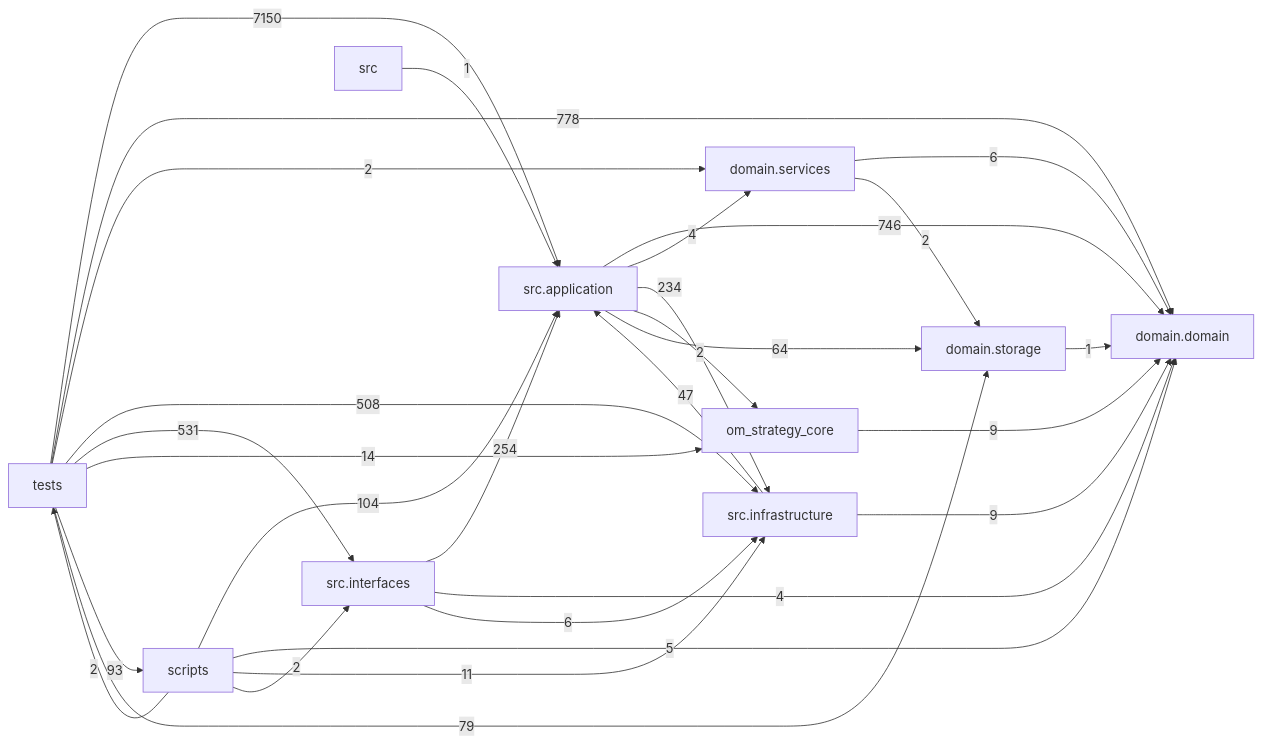
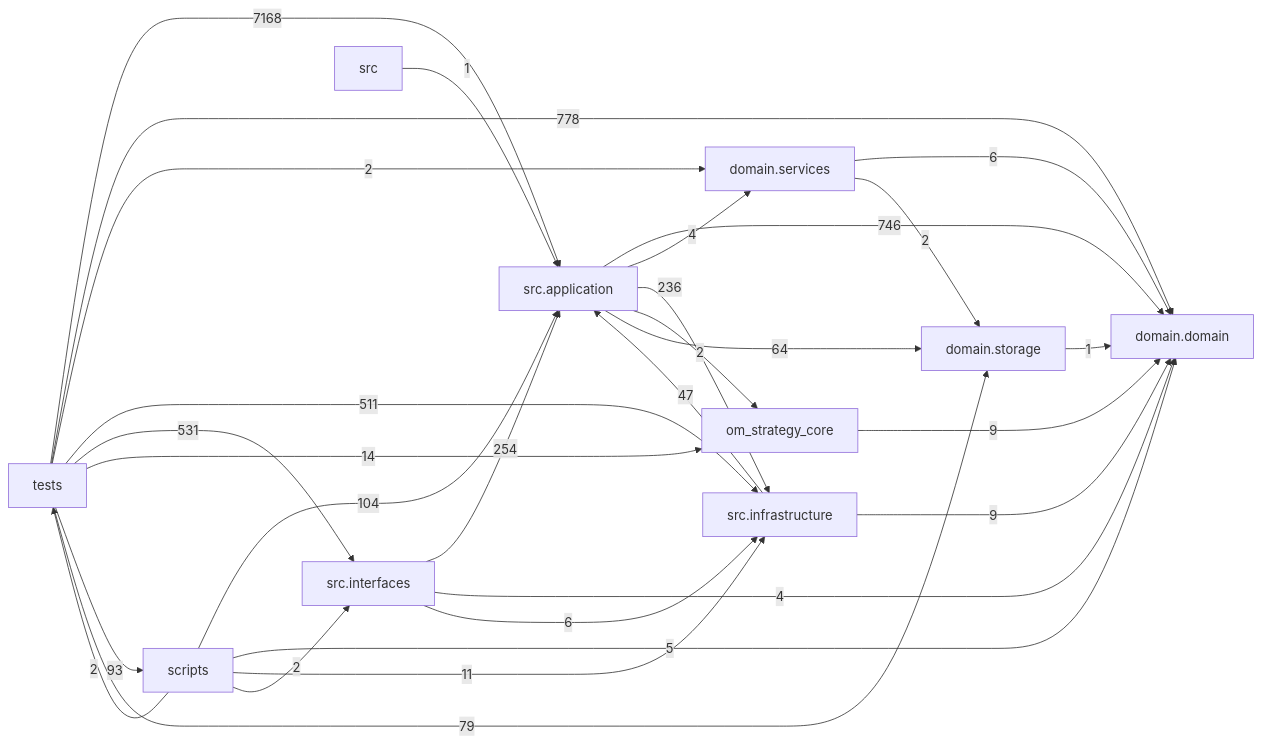
The diagram in docs/DEPENDENCY_GRAPH.md (liuxie066/options-monitor), drawn with Mermaid before and after one commit. The commit also changed other lines of this file and 22 other files, not shown here.

````diff
--- a/docs/DEPENDENCY_GRAPH.md
+++ b/docs/DEPENDENCY_GRAPH.md
@@ -24,39 +24,39 @@
 ```mermaid
 flowchart LR
   tests["tests"]
   scripts["scripts"]
   interfaces["src.interfaces"]
   application["src.application"]
   infrastructure["src.infrastructure"]
   domain_services["domain.services"]
   domain["domain.domain"]
   storage["domain.storage"]
   application -->|746| domain
   application -->|4| domain_services
-  application -->|234| infrastructure
+  application -->|236| infrastructure
   application -->|2| om_strategy_core
   application -->|64| storage
   domain_services -->|6| domain
   domain_services -->|2| storage
   infrastructure -->|47| application
   infrastructure -->|9| domain
   interfaces -->|254| application
   interfaces -->|4| domain
   interfaces -->|6| infrastructure
   om_strategy_core -->|9| domain
   scripts -->|104| application
   scripts -->|5| domain
   scripts -->|11| infrastructure
   scripts -->|2| interfaces
   scripts -->|2| tests
   src -->|1| application
   storage -->|1| domain
-  tests -->|7150| application
+  tests -->|7168| application
   tests -->|778| domain
   tests -->|2| domain_services
-  tests -->|508| infrastructure
+  tests -->|511| infrastructure
   tests -->|531| interfaces
   tests -->|14| om_strategy_core
   tests -->|93| scripts
   tests -->|79| storage
 ```
````
